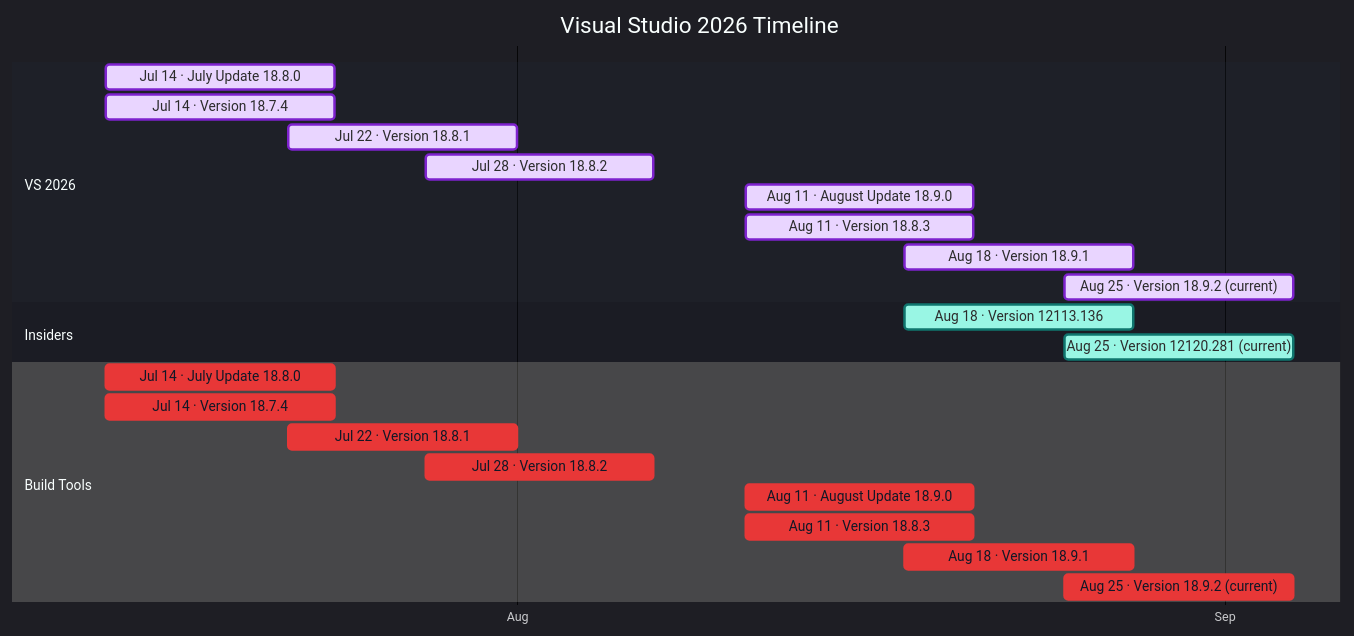
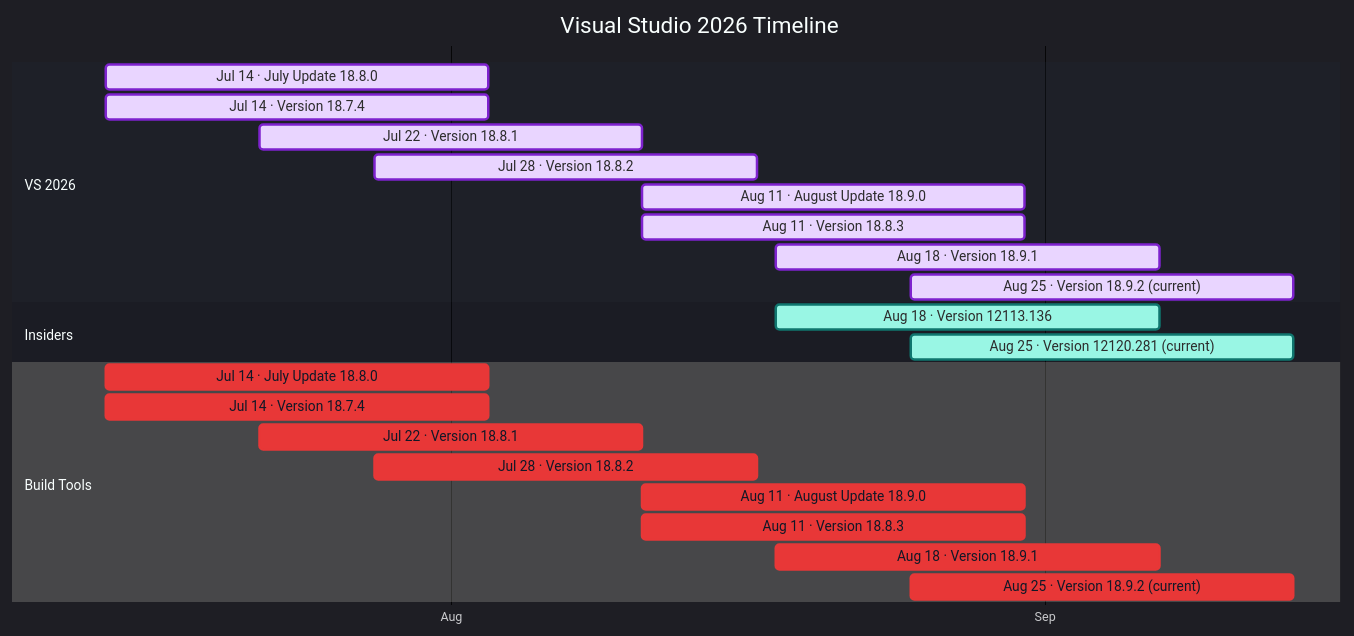
One commit to Oxelya-DevTools/VisualStudioUpdate changed the diagram in docs/visual-studio-2026.md. Above: the diagram before and after it, drawn with Mermaid. The commit also changed 2 other files, not shown here.

Commit message:
Increase Gantt task durations to 20 days for VS timelines
Increased all Gantt chart task durations from 10 to 20 days in the Visual Studio 2026 and Visual Studio Code timelines. Updated the hardcoded duration in TimelineMarkdownWriter.cs and modified the relevant Markdown files (visual-studio-2026.md, vscode.md) to reflect the new durations for all release entries.

````diff
--- a/docs/visual-studio-2026.md
+++ b/docs/visual-studio-2026.md
@@ -9,29 +9,29 @@
 ```mermaid
 %%{init: {'theme':'dark','themeVariables': { 'fontFamily': 'Segoe UI', 'fontSize': '24px', 'textColor': '#F3F4F6', 'titleTextColor': '#FFFFFF', 'taskTextColor': '#111827', 'taskTextLightColor': '#111827', 'taskTextOutsideColor': '#F3F4F6', 'taskBkgColor': '#BAE6FD', 'taskBorderColor': '#0369A1', 'doneTaskBkgColor': '#E9D5FF', 'doneTaskBorderColor': '#7E22CE', 'activeTaskBkgColor': '#99F6E4', 'activeTaskBorderColor': '#0F766E', 'critTaskBkgColor': '#FED7AA', 'critTaskBorderColor': '#C2410C', 'sectionBkgColor': '#1F2937', 'altSectionBkgColor': '#111827', 'gridColor': '#4B5563', 'todayLineColor': '#F87171' }}}%%
 gantt
     title Visual Studio 2026 Timeline
     dateFormat  YYYY-MM-DD
     axisFormat  %b
     tickInterval 1month
     section VS 2026
-    Jul 14 · July Update 18.8.0 : done, vs2026202607140, 2026-07-14, 10d
-    Jul 14 · Version 18.7.4 : done, vs2026202607141, 2026-07-14, 10d
-    Jul 22 · Version 18.8.1 : done, vs2026202607222, 2026-07-22, 10d
-    Jul 28 · Version 18.8.2 : done, vs2026202607283, 2026-07-28, 10d
-    Aug 11 · August Update 18.9.0 : done, vs2026202608114, 2026-08-11, 10d
-    Aug 11 · Version 18.8.3 : done, vs2026202608115, 2026-08-11, 10d
-    Aug 18 · Version 18.9.1 : done, vs2026202608186, 2026-08-18, 10d
-    Aug 25 · Version 18.9.2 (current) : done, vs2026202608257, 2026-08-25, 10d
+    Jul 14 · July Update 18.8.0 : done, vs2026202607140, 2026-07-14, 20d
+    Jul 14 · Version 18.7.4 : done, vs2026202607141, 2026-07-14, 20d
+    Jul 22 · Version 18.8.1 : done, vs2026202607222, 2026-07-22, 20d
+    Jul 28 · Version 18.8.2 : done, vs2026202607283, 2026-07-28, 20d
+    Aug 11 · August Update 18.9.0 : done, vs2026202608114, 2026-08-11, 20d
+    Aug 11 · Version 18.8.3 : done, vs2026202608115, 2026-08-11, 20d
+    Aug 18 · Version 18.9.1 : done, vs2026202608186, 2026-08-18, 20d
+    Aug 25 · Version 18.9.2 (current) : done, vs2026202608257, 2026-08-25, 20d
     section Insiders
-    Aug 18 · Version 12113.136 : active, insiders202608180, 2026-08-18, 10d
-    Aug 25 · Version 12120.281 (current) : active, insiders202608251, 2026-08-25, 10d
+    Aug 18 · Version 12113.136 : active, insiders202608180, 2026-08-18, 20d
+    Aug 25 · Version 12120.281 (current) : active, insiders202608251, 2026-08-25, 20d
     section Build Tools
-    Jul 14 · July Update 18.8.0 : crit, buildtools202607140, 2026-07-14, 10d
-    Jul 14 · Version 18.7.4 : crit, buildtools202607141, 2026-07-14, 10d
-    Jul 22 · Version 18.8.1 : crit, buildtools202607222, 2026-07-22, 10d
-    Jul 28 · Version 18.8.2 : crit, buildtools202607283, 2026-07-28, 10d
-    Aug 11 · August Update 18.9.0 : crit, buildtools202608114, 2026-08-11, 10d
-    Aug 11 · Version 18.8.3 : crit, buildtools202608115, 2026-08-11, 10d
-    Aug 18 · Version 18.9.1 : crit, buildtools202608186, 2026-08-18, 10d
-    Aug 25 · Version 18.9.2 (current) : crit, buildtools202608257, 2026-08-25, 10d
+    Jul 14 · July Update 18.8.0 : crit, buildtools202607140, 2026-07-14, 20d
+    Jul 14 · Version 18.7.4 : crit, buildtools202607141, 2026-07-14, 20d
+    Jul 22 · Version 18.8.1 : crit, buildtools202607222, 2026-07-22, 20d
+    Jul 28 · Version 18.8.2 : crit, buildtools202607283, 2026-07-28, 20d
+    Aug 11 · August Update 18.9.0 : crit, buildtools202608114, 2026-08-11, 20d
+    Aug 11 · Version 18.8.3 : crit, buildtools202608115, 2026-08-11, 20d
+    Aug 18 · Version 18.9.1 : crit, buildtools202608186, 2026-08-18, 20d
+    Aug 25 · Version 18.9.2 (current) : crit, buildtools202608257, 2026-08-25, 20d
 ```
````
